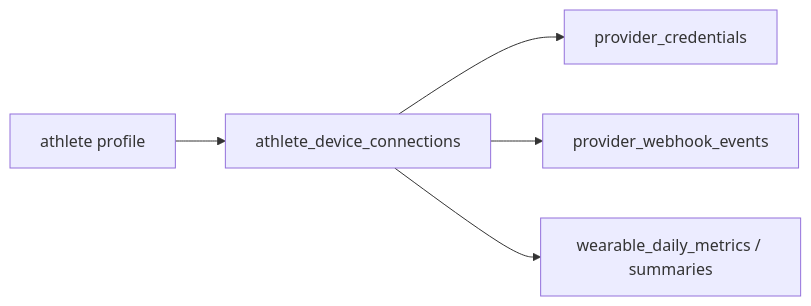
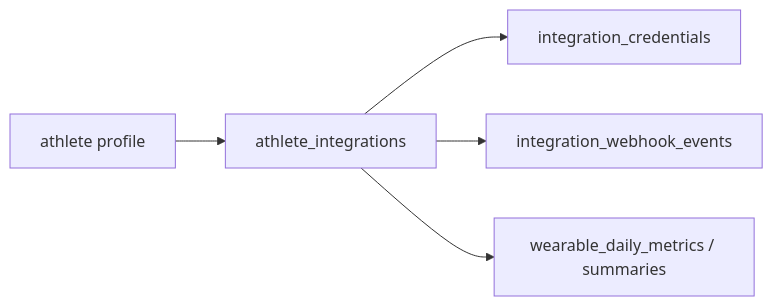
The sixth of 13 diagrams in docs/SYSTEM_DIAGRAMS.md (eademi/pulsi), drawn with Mermaid before and after one commit. The commit also changed other lines of this file and 21 other files, not shown here.

````diff
--- a/docs/SYSTEM_DIAGRAMS.md
+++ b/docs/SYSTEM_DIAGRAMS.md
@@ -117,7 +117,7 @@
 ```mermaid
 flowchart LR
-  Athlete["athlete profile"] --> GarminConnection["athlete_device_connections"]
-  GarminConnection --> Credentials["provider_credentials"]
-  GarminConnection --> Webhooks["provider_webhook_events"]
+  Athlete["athlete profile"] --> GarminConnection["athlete_integrations"]
+  GarminConnection --> Credentials["integration_credentials"]
+  GarminConnection --> Webhooks["integration_webhook_events"]
   GarminConnection --> Metrics["wearable_daily_metrics / summaries"]
 ```
````
